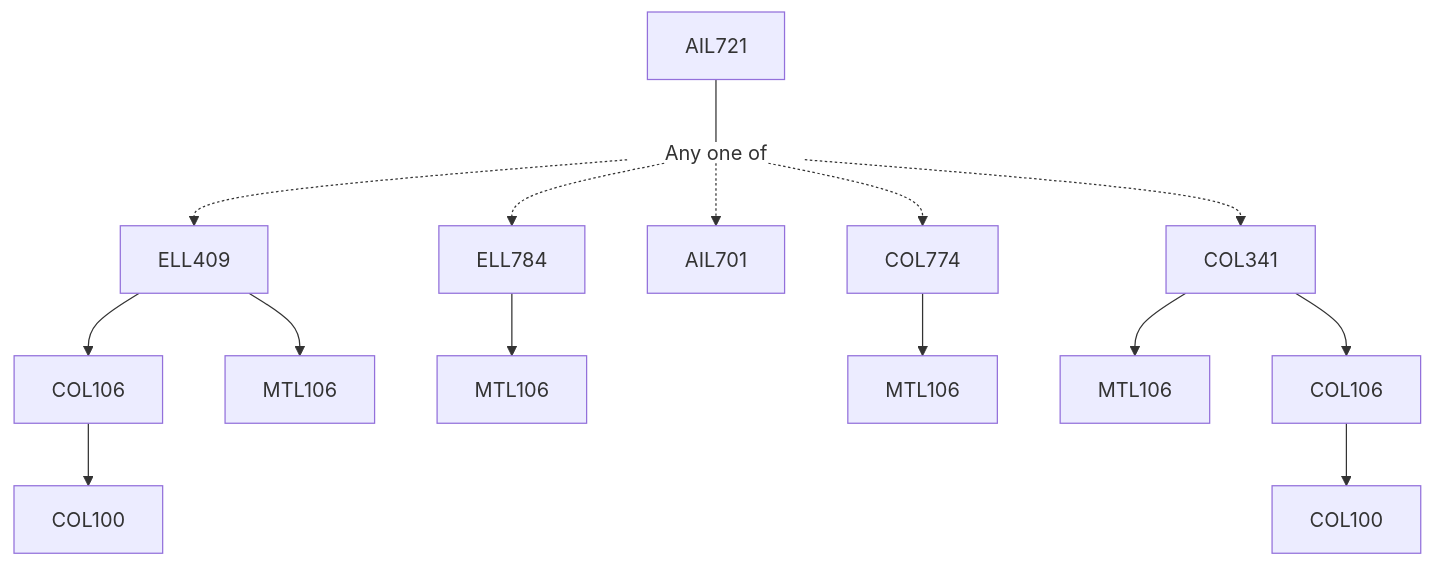
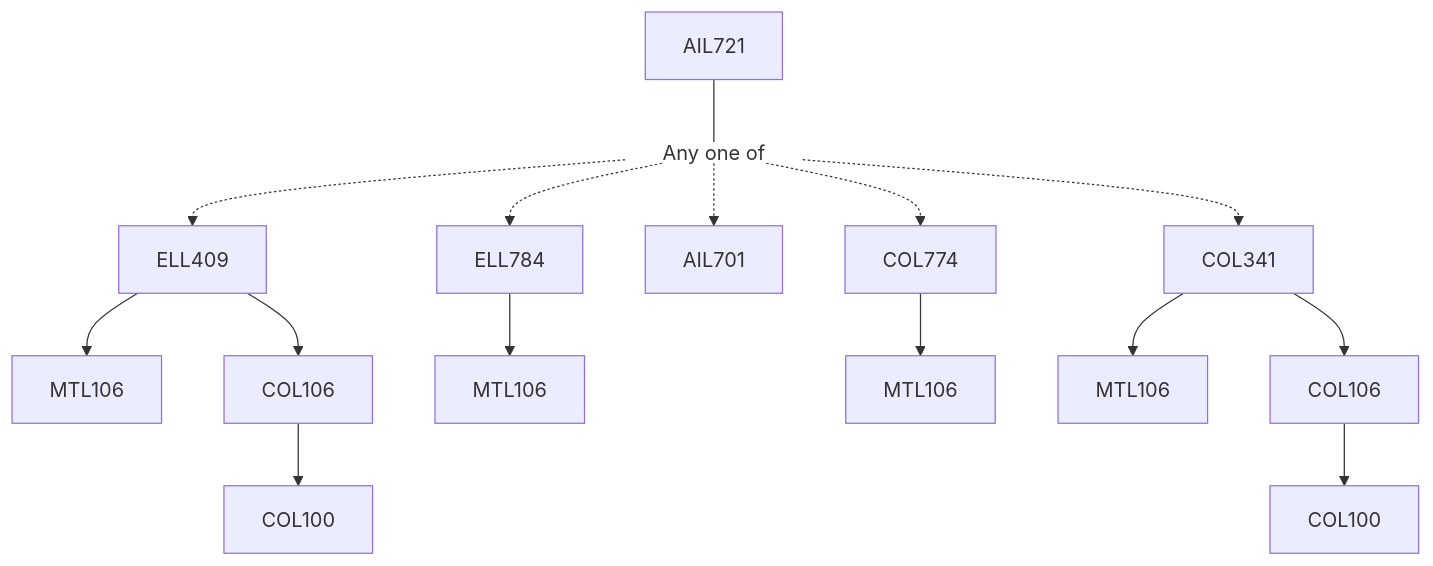
One commit to KeshavBansal0122/CoS_Website changed the diagram in content/School of Artificial Intelligence/AIL721.md. Above: the diagram before and after it, drawn with Mermaid. The commit also changed other lines of this file and 2667 other files, not shown here.

````diff
--- a/content/School of Artificial Intelligence/AIL721.md
+++ b/content/School of Artificial Intelligence/AIL721.md
@@ -17,21 +15,21 @@
 ```mermaid
 flowchart TD
-AIL721-713[AIL721]
-AIL721-713 --- Or714[Any one of]:::empty
-COL106-715 --> COL100-715[COL100]
-ELL409-715 --> COL106-715[COL106]
-Or714 -.-> ELL409-715[ELL409]
-ELL409-715 --> MTL106-715[MTL106]
-Or714 -.-> ELL784-716[ELL784]
-ELL784-716 --> MTL106-716[MTL106]
-Or714 -.-> AIL701-717[AIL701]
-Or714 -.-> COL774-718[COL774]
-COL774-718 --> MTL106-718[MTL106]
-Or714 -.-> COL341-719[COL341]
-COL341-719 --> MTL106-719[MTL106]
-COL106-719 --> COL100-719[COL100]
-COL341-719 --> COL106-719[COL106]
+AIL721-1235[AIL721]
+AIL721-1235 --- Or1236[Any one of]:::empty
+ELL409-1237 --> MTL106-1237[MTL106]
+COL106-1237 --> COL100-1237[COL100]
+Or1236 -.-> ELL409-1237[ELL409]
+ELL409-1237 --> COL106-1237[COL106]
+Or1236 -.-> ELL784-1238[ELL784]
+ELL784-1238 --> MTL106-1238[MTL106]
+Or1236 -.-> AIL701-1239[AIL701]
+Or1236 -.-> COL774-1240[COL774]
+COL774-1240 --> MTL106-1240[MTL106]
+COL341-1241 --> MTL106-1241[MTL106]
+COL341-1241 --> COL106-1241[COL106]
+COL106-1241 --> COL100-1241[COL100]
+Or1236 -.-> COL341-1241[COL341]
 
 classDef empty height:17px, fill:transparent, stroke:transparent;
 classDef trueEmpty height:0px, width:0px;
 ```
````
